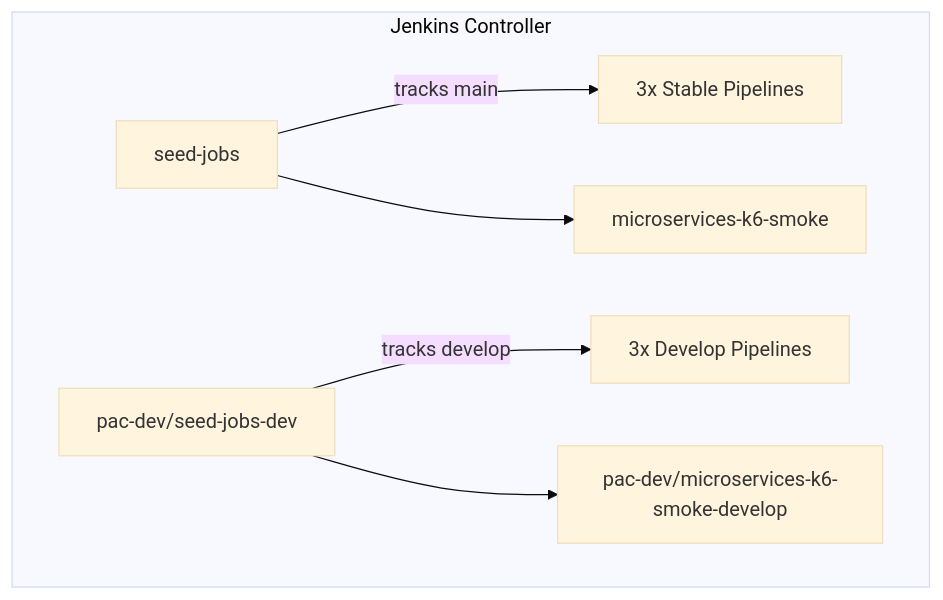
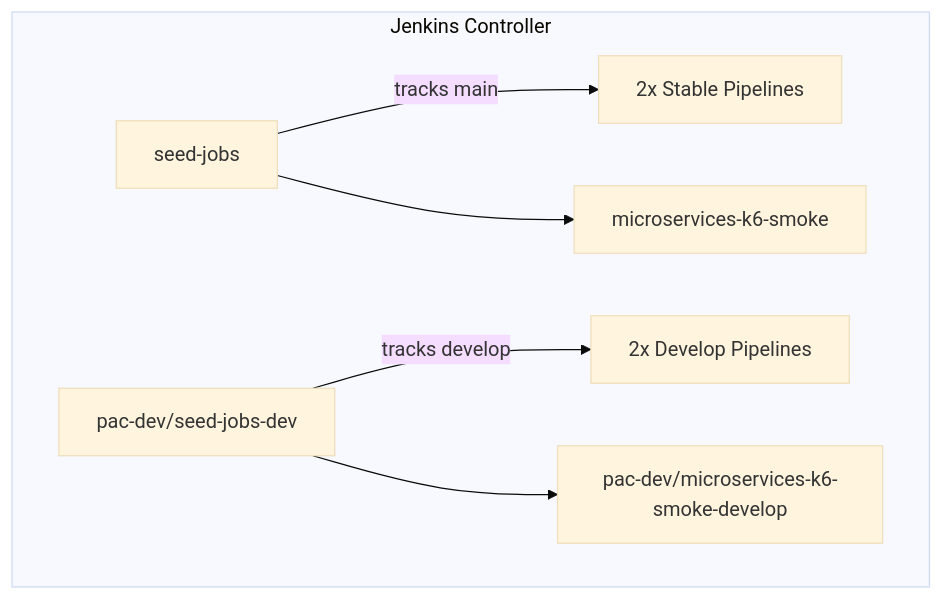
Before and after one commit to nubenetes/jenkins-2026: the fourth of 5 diagrams in README.md, drawn with Mermaid (base theme). The commit also changed other lines of this file and 3 other files, not shown here.

Commit message:
docs/ops: update README, architecture, and pgAdmin values to reflect new JHipster gateway and microservice architecture

````diff
--- a/README.md
+++ b/README.md
@@ -553,9 +542,9 @@
 ```mermaid
 graph TD
     subgraph "Jenkins Controller"
-        SJ[seed-jobs] --> |tracks main| SP[3x Stable Pipelines]
+        SJ[seed-jobs] --> |tracks main| SP[2x Stable Pipelines]
         SJ --> K6S[microservices-k6-smoke]
-        SJD[pac-dev/seed-jobs-dev] --> |tracks develop| DP[3x Develop Pipelines]
+        SJD[pac-dev/seed-jobs-dev] --> |tracks develop| DP[2x Develop Pipelines]
         SJD --> K6D[pac-dev/microservices-k6-smoke-develop]
     end
 ```
````
